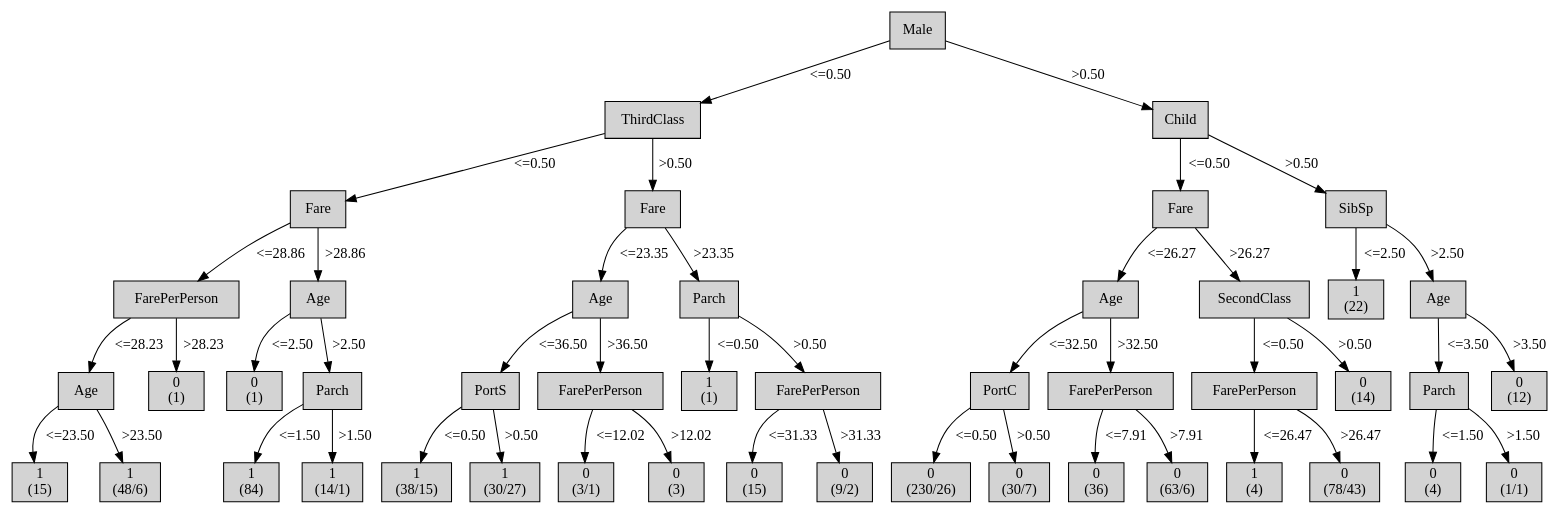
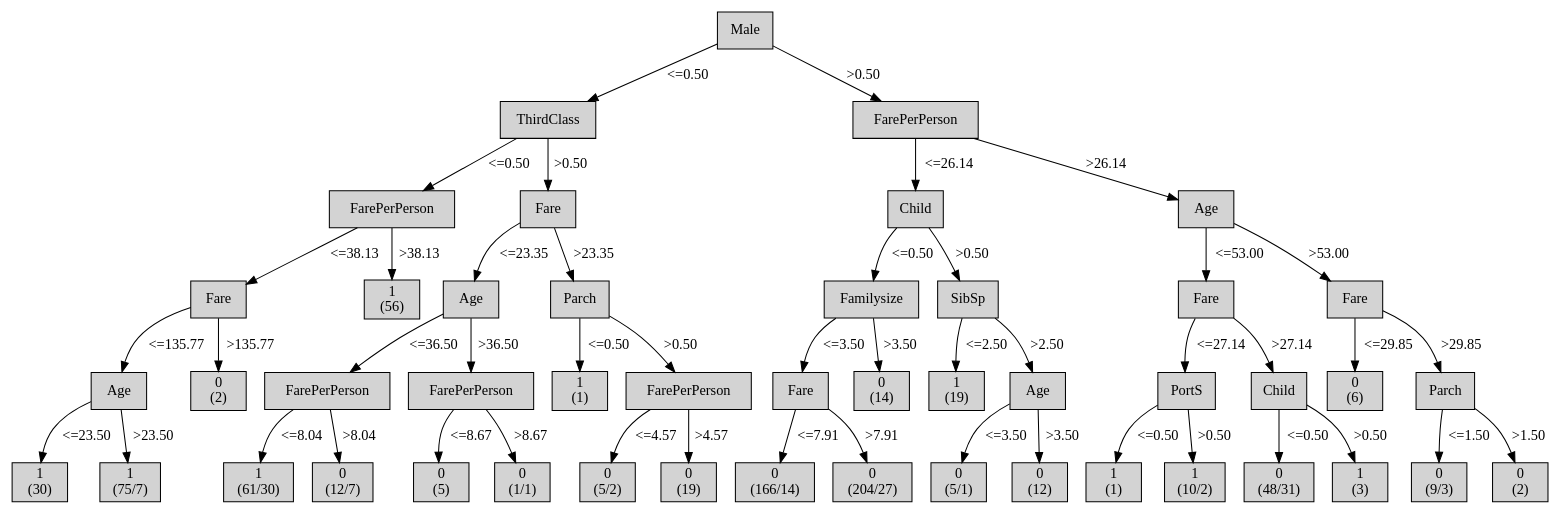
The diagram in output/tree-generator-5/tree.dot (mklb/BI-Python3), drawn with Graphviz before and after one commit. The commit also changed 30 other files, not shown here.

```diff
--- a/output/tree-generator-5/tree.dot
+++ b/output/tree-generator-5/tree.dot
@@ -1,172 +1,172 @@
 digraph ID3_Tree {
 "0" [shape=box, style=filled, label="Male
 ", weight=1]
 "1" [shape=box, style=filled, label="ThirdClass
 ", weight=2]
 0 -> 1 [ label = "<=0.50"];
-"2" [shape=box, style=filled, label="Fare
+"2" [shape=box, style=filled, label="FarePerPerson
 ", weight=3]
 1 -> 2 [ label = "<=0.50"];
-"3" [shape=box, style=filled, label="FarePerPerson
+"3" [shape=box, style=filled, label="Fare
 ", weight=4]
-2 -> 3 [ label = "<=28.86"];
+2 -> 3 [ label = "<=38.13"];
 "4" [shape=box, style=filled, label="Age
 ", weight=5]
-3 -> 4 [ label = "<=28.23"];
+3 -> 4 [ label = "<=135.77"];
 "5" [shape=box, style=filled, label="1
-(15)
+(30)
 ", weight=6]
 4 -> 5 [ label = "<=23.50"];
 "6" [shape=box, style=filled, label="1
-(48/6)
+(75/7)
 ", weight=6]
 4 -> 6 [ label = ">23.50"];
 "7" [shape=box, style=filled, label="0
+(2)
+", weight=5]
+3 -> 7 [ label = ">135.77"];
+"8" [shape=box, style=filled, label="1
+(56)
+", weight=4]
+2 -> 8 [ label = ">38.13"];
+"9" [shape=box, style=filled, label="Fare
+", weight=3]
+1 -> 9 [ label = ">0.50"];
+"10" [shape=box, style=filled, label="Age
+", weight=4]
+9 -> 10 [ label = "<=23.35"];
+"11" [shape=box, style=filled, label="FarePerPerson
+", weight=5]
+10 -> 11 [ label = "<=36.50"];
+"12" [shape=box, style=filled, label="1
+(61/30)
+", weight=6]
+11 -> 12 [ label = "<=8.04"];
+"13" [shape=box, style=filled, label="0
+(12/7)
+", weight=6]
+11 -> 13 [ label = ">8.04"];
+"14" [shape=box, style=filled, label="FarePerPerson
+", weight=5]
+10 -> 14 [ label = ">36.50"];
+"15" [shape=box, style=filled, label="0
+(5)
+", weight=6]
+14 -> 15 [ label = "<=8.67"];
+"16" [shape=box, style=filled, label="0
+(1/1)
+", weight=6]
+14 -> 16 [ label = ">8.67"];
+"17" [shape=box, style=filled, label="Parch
+", weight=4]
+9 -> 17 [ label = ">23.35"];
+"18" [shape=box, style=filled, label="1
 (1)
 ", weight=5]
-3 -> 7 [ label = ">28.23"];
-"8" [shape=box, style=filled, label="Age
+17 -> 18 [ label = "<=0.50"];
+"19" [shape=box, style=filled, label="FarePerPerson
+", weight=5]
+17 -> 19 [ label = ">0.50"];
+"20" [shape=box, style=filled, label="0
+(5/2)
+", weight=6]
+19 -> 20 [ label = "<=4.57"];
+"21" [shape=box, style=filled, label="0
+(19)
+", weight=6]
+19 -> 21 [ label = ">4.57"];
+"22" [shape=box, style=filled, label="FarePerPerson
+", weight=2]
+0 -> 22 [ label = ">0.50"];
+"23" [shape=box, style=filled, label="Child
+", weight=3]
+22 -> 23 [ label = "<=26.14"];
+"24" [shape=box, style=filled, label="Familysize
 ", weight=4]
-2 -> 8 [ label = ">28.86"];
-"9" [shape=box, style=filled, label="0
+23 -> 24 [ label = "<=0.50"];
+"25" [shape=box, style=filled, label="Fare
+", weight=5]
+24 -> 25 [ label = "<=3.50"];
+"26" [shape=box, style=filled, label="0
+(166/14)
+", weight=6]
+25 -> 26 [ label = "<=7.91"];
+"27" [shape=box, style=filled, label="0
+(204/27)
+", weight=6]
+25 -> 27 [ label = ">7.91"];
+"28" [shape=box, style=filled, label="0
+(14)
+", weight=5]
+24 -> 28 [ label = ">3.50"];
+"29" [shape=box, style=filled, label="SibSp
+", weight=4]
+23 -> 29 [ label = ">0.50"];
+"30" [shape=box, style=filled, label="1
+(19)
+", weight=5]
+29 -> 30 [ label = "<=2.50"];
+"31" [shape=box, style=filled, label="Age
+", weight=5]
+29 -> 31 [ label = ">2.50"];
+"32" [shape=box, style=filled, label="0
+(5/1)
+", weight=6]
+31 -> 32 [ label = "<=3.50"];
+"33" [shape=box, style=filled, label="0
+(12)
+", weight=6]
+31 -> 33 [ label = ">3.50"];
+"34" [shape=box, style=filled, label="Age
+", weight=3]
+22 -> 34 [ label = ">26.14"];
+"35" [shape=box, style=filled, label="Fare
+", weight=4]
+34 -> 35 [ label = "<=53.00"];
+"36" [shape=box, style=filled, label="PortS
+", weight=5]
+35 -> 36 [ label = "<=27.14"];
+"37" [shape=box, style=filled, label="1
 (1)
+", weight=6]
+36 -> 37 [ label = "<=0.50"];
+"38" [shape=box, style=filled, label="1
+(10/2)
+", weight=6]
+36 -> 38 [ label = ">0.50"];
+"39" [shape=box, style=filled, label="Child
 ", weight=5]
-8 -> 9 [ label = "<=2.50"];
-"10" [shape=box, style=filled, label="Parch
-", weight=5]
-8 -> 10 [ label = ">2.50"];
-"11" [shape=box, style=filled, label="1
-(84)
+35 -> 39 [ label = ">27.14"];
+"40" [shape=box, style=filled, label="0
+(48/31)
 ", weight=6]
-10 -> 11 [ label = "<=1.50"];
-"12" [shape=box, style=filled, label="1
-(14/1)
-", weight=6]
-10 -> 12 [ label = ">1.50"];
-"13" [shape=box, style=filled, label="Fare
-", weight=3]
-1 -> 13 [ label = ">0.50"];
-"14" [shape=box, style=filled, label="Age
-", weight=4]
-13 -> 14 [ label = "<=23.35"];
-"15" [shape=box, style=filled, label="PortS
-", weight=5]
-14 -> 15 [ label = "<=36.50"];
-"16" [shape=box, style=filled, label="1
-(38/15)
-", weight=6]
-15 -> 16 [ label = "<=0.50"];
-"17" [shape=box, style=filled, label="1
-(30/27)
-", weight=6]
-15 -> 17 [ label = ">0.50"];
-"18" [shape=box, style=filled, label="FarePerPerson
-", weight=5]
-14 -> 18 [ label = ">36.50"];
-"19" [shape=box, style=filled, label="0
-(3/1)
-", weight=6]
-18 -> 19 [ label = "<=12.02"];
-"20" [shape=box, style=filled, label="0
+39 -> 40 [ label = "<=0.50"];
+"41" [shape=box, style=filled, label="1
 (3)
 ", weight=6]
-18 -> 20 [ label = ">12.02"];
-"21" [shape=box, style=filled, label="Parch
+39 -> 41 [ label = ">0.50"];
+"42" [shape=box, style=filled, label="Fare
 ", weight=4]
-13 -> 21 [ label = ">23.35"];
-"22" [shape=box, style=filled, label="1
-(1)
+34 -> 42 [ label = ">53.00"];
+"43" [shape=box, style=filled, label="0
+(6)
 ", weight=5]
-21 -> 22 [ label = "<=0.50"];
-"23" [shape=box, style=filled, label="FarePerPerson
+42 -> 43 [ label = "<=29.85"];
+"44" [shape=box, style=filled, label="Parch
 ", weight=5]
-21 -> 23 [ label = ">0.50"];
-"24" [shape=box, style=filled, label="0
-(15)
+42 -> 44 [ label = ">29.85"];
+"45" [shape=box, style=filled, label="0
+(9/3)
 ", weight=6]
-23 -> 24 [ label = "<=31.33"];
-"25" [shape=box, style=filled, label="0
-(9/2)
+44 -> 45 [ label = "<=1.50"];
+"46" [shape=box, style=filled, label="0
+(2)
 ", weight=6]
-23 -> 25 [ label = ">31.33"];
-"26" [shape=box, style=filled, label="Child
-", weight=2]
-0 -> 26 [ label = ">0.50"];
-"27" [shape=box, style=filled, label="Fare
-", weight=3]
-26 -> 27 [ label = "<=0.50"];
-"28" [shape=box, style=filled, label="Age
-", weight=4]
-27 -> 28 [ label = "<=26.27"];
-"29" [shape=box, style=filled, label="PortC
-", weight=5]
-28 -> 29 [ label = "<=32.50"];
-"30" [shape=box, style=filled, label="0
-(230/26)
-", weight=6]
-29 -> 30 [ label = "<=0.50"];
-"31" [shape=box, style=filled, label="0
-(30/7)
-", weight=6]
-29 -> 31 [ label = ">0.50"];
-"32" [shape=box, style=filled, label="FarePerPerson
-", weight=5]
-28 -> 32 [ label = ">32.50"];
-"33" [shape=box, style=filled, label="0
-(36)
-", weight=6]
-32 -> 33 [ label = "<=7.91"];
-"34" [shape=box, style=filled, label="0
-(63/6)
-", weight=6]
-32 -> 34 [ label = ">7.91"];
-"35" [shape=box, style=filled, label="SecondClass
-", weight=4]
-27 -> 35 [ label = ">26.27"];
-"36" [shape=box, style=filled, label="FarePerPerson
-", weight=5]
-35 -> 36 [ label = "<=0.50"];
-"37" [shape=box, style=filled, label="1
-(4)
-", weight=6]
-36 -> 37 [ label = "<=26.47"];
-"38" [shape=box, style=filled, label="0
-(78/43)
-", weight=6]
-36 -> 38 [ label = ">26.47"];
-"39" [shape=box, style=filled, label="0
-(14)
-", weight=5]
-35 -> 39 [ label = ">0.50"];
-"40" [shape=box, style=filled, label="SibSp
-", weight=3]
-26 -> 40 [ label = ">0.50"];
-"41" [shape=box, style=filled, label="1
-(22)
-", weight=4]
-40 -> 41 [ label = "<=2.50"];
-"42" [shape=box, style=filled, label="Age
-", weight=4]
-40 -> 42 [ label = ">2.50"];
-"43" [shape=box, style=filled, label="Parch
-", weight=5]
-42 -> 43 [ label = "<=3.50"];
-"44" [shape=box, style=filled, label="0
-(4)
-", weight=6]
-43 -> 44 [ label = "<=1.50"];
-"45" [shape=box, style=filled, label="0
-(1/1)
-", weight=6]
-43 -> 45 [ label = ">1.50"];
-"46" [shape=box, style=filled, label="0
-(12)
-", weight=5]
-42 -> 46 [ label = ">3.50"];
+44 -> 46 [ label = ">1.50"];
 {rank=same; 0;};
-{rank=same; 1;26;};
-{rank=same; 2;13;27;40;};
-{rank=same; 3;8;14;21;28;35;41;42;};
-{rank=same; 4;7;9;10;15;18;22;23;29;32;36;39;43;46;};
-{rank=same; 5;6;11;12;16;17;19;20;24;25;30;31;33;34;37;38;44;45;};
+{rank=same; 1;22;};
+{rank=same; 2;9;23;34;};
+{rank=same; 3;8;10;17;24;29;35;42;};
+{rank=same; 4;7;11;14;18;19;25;28;30;31;36;39;43;44;};
+{rank=same; 5;6;12;13;15;16;20;21;26;27;32;33;37;38;40;41;45;46;};
 }
```
